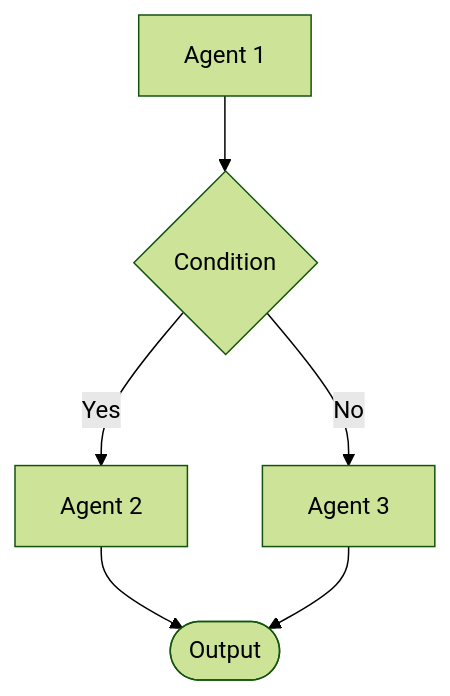
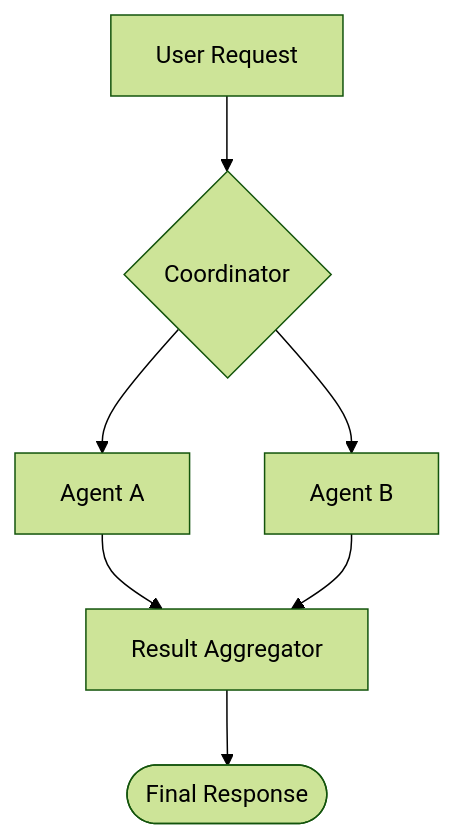
One commit to muylucir/path changed the second of 4 diagrams in path-strands-agent/skills/mermaid-diagrams/SKILL.md. Above: the diagram before and after it, drawn with Mermaid (forest theme). The commit also changed other lines of this file and 121 other files, not shown here.

````diff
--- a/path-strands-agent/skills/mermaid-diagrams/SKILL.md
+++ b/path-strands-agent/skills/mermaid-diagrams/SKILL.md
@@ -47,8 +48,9 @@
 ```mermaid
 graph TD
-    A[Agent 1] --> B{Condition}
-    B -->|Yes| C[Agent 2]
-    B -->|No| D[Agent 3]
-    C --> E([Output])
-    D --> E
+    User[User Request] --> Coordinator{Coordinator}
+    Coordinator --> AgentA[Agent A]
+    Coordinator --> AgentB[Agent B]
+    AgentA --> Aggregator[Result Aggregator]
+    AgentB --> Aggregator
+    Aggregator --> Response([Final Response])
 ```
````
